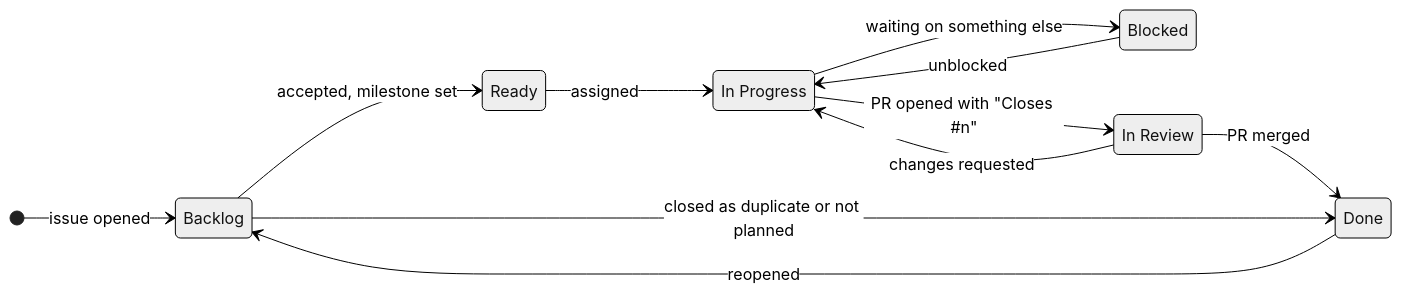
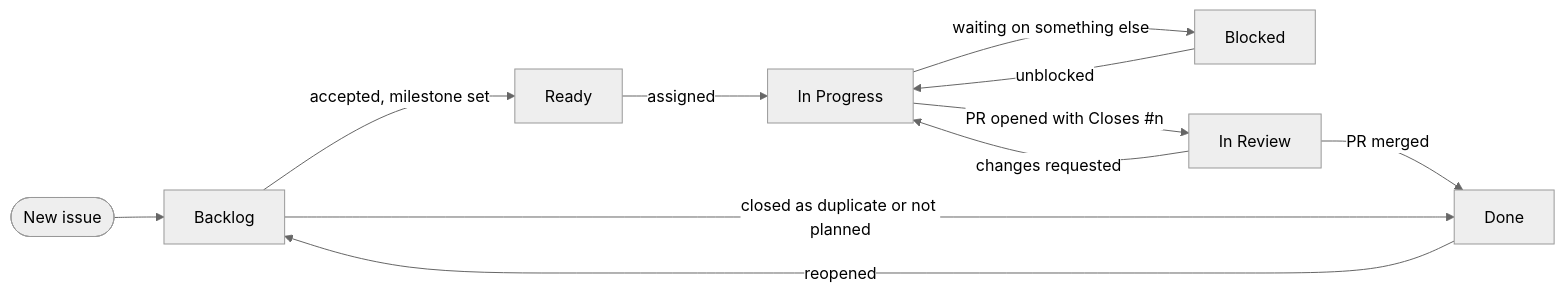
Before and after one commit to sisaio/sisa-caching-rs: the diagram in CONTRIBUTING.md, drawn with Mermaid (neutral theme). The commit also changed 8 other files, not shown here.

````diff
--- a/CONTRIBUTING.md
+++ b/CONTRIBUTING.md
@@ -163,16 +163,13 @@
 ```mermaid
-stateDiagram-v2
-    direction LR
-    [*] --> Backlog: issue opened
-    Backlog --> Ready: accepted, milestone set
-    Ready --> InProgress: assigned
-    InProgress --> Blocked: waiting on something else
-    Blocked --> InProgress: unblocked
-    InProgress --> InReview: PR opened with "Closes #n"
-    InReview --> InProgress: changes requested
-    InReview --> Done: PR merged
-    Backlog --> Done: closed as duplicate or not planned
-    Done --> Backlog: reopened
-    InProgress: In Progress
-    InReview: In Review
+flowchart LR
+    opened([New issue]) --> Backlog
+    Backlog -->|accepted, milestone set| Ready
+    Ready -->|assigned| InProgress[In Progress]
+    InProgress -->|waiting on something else| Blocked
+    Blocked -->|unblocked| InProgress
+    InProgress -->|"PR opened with Closes #n"| InReview[In Review]
+    InReview -->|changes requested| InProgress
+    InReview -->|PR merged| Done
+    Backlog -->|closed as duplicate or not planned| Done
+    Done -->|reopened| Backlog
 ```
````
